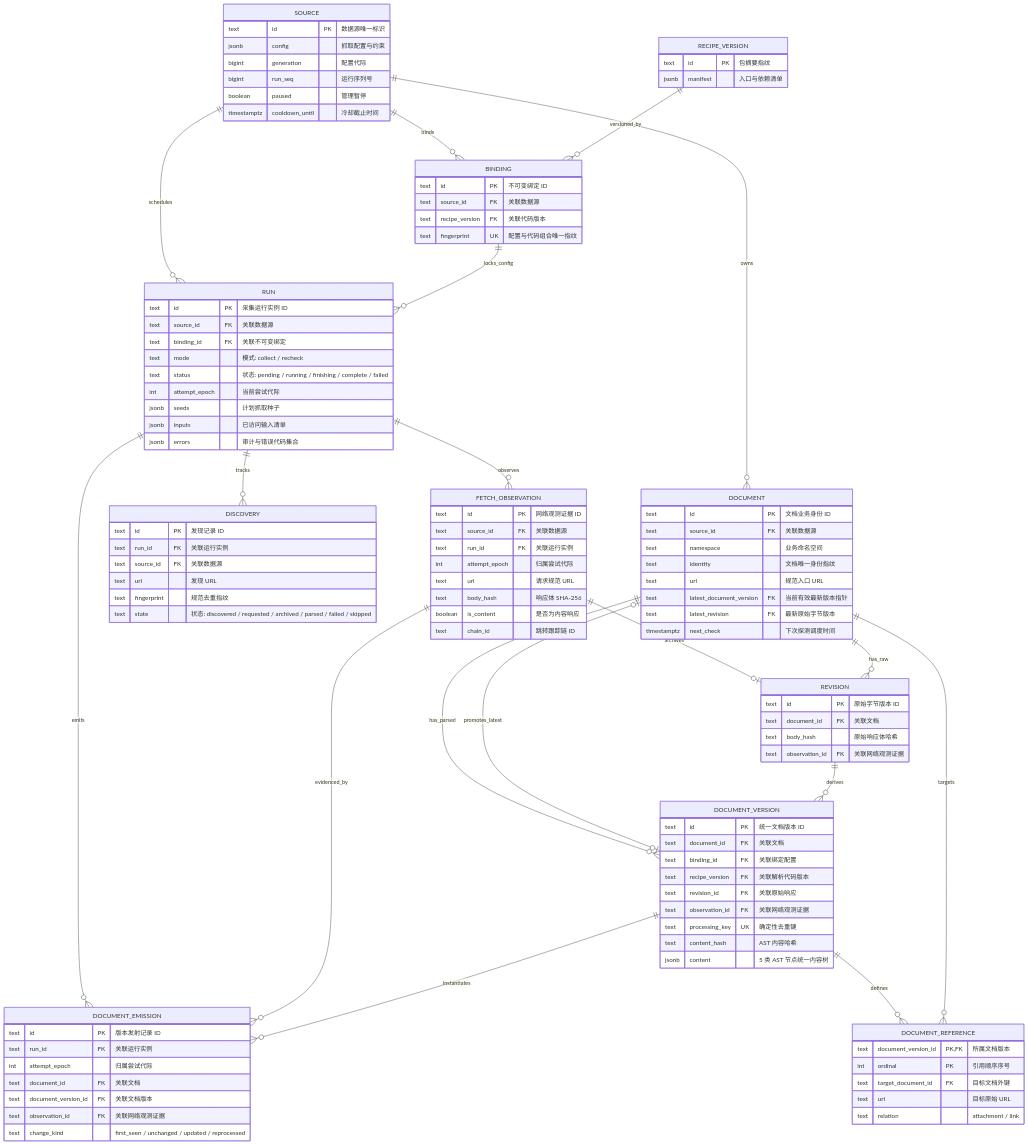
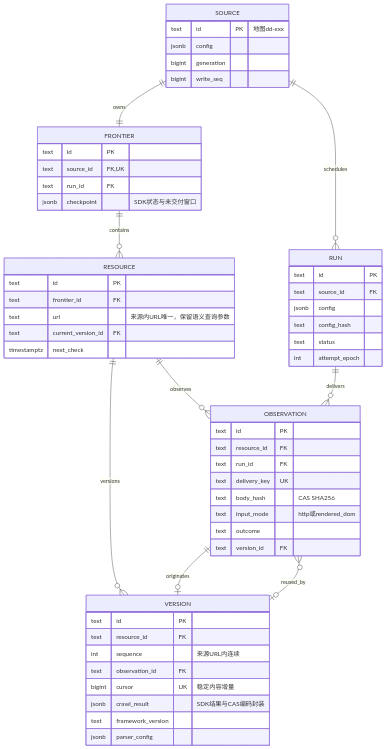
Before and after one commit to nanzhi84/SEAL: the diagram in README.md, drawn with Mermaid. The commit also changed other lines of this file and 79 other files, not shown here.

````diff
--- a/README.md
+++ b/README.md
@@ -166,111 +75,58 @@
 ```mermaid
 erDiagram
-    SOURCE {
-        text id PK "数据源唯一标识"
-        jsonb config "抓取配置与约束"
-        bigint generation "配置代际"
-        bigint run_seq "运行序列号"
-        boolean paused "管理暂停"
-        timestamptz cooldown_until "冷却截止时间"
-    }
-    RECIPE_VERSION {
-        text id PK "包摘要指纹"
-        jsonb manifest "入口与依赖清单"
-    }
-    BINDING {
-        text id PK "不可变绑定 ID"
-        text source_id FK "关联数据源"
-        text recipe_version FK "关联代码版本"
-        text fingerprint UK "配置与代码组合唯一指纹"
-    }
-    RUN {
-        text id PK "采集运行实例 ID"
-        text source_id FK "关联数据源"
-        text binding_id FK "关联不可变绑定"
-        text mode "模式: collect / recheck"
-        text status "状态: pending / running / finishing / complete / failed"
-        int attempt_epoch "当前尝试代际"
-        jsonb seeds "计划抓取种子"
-        jsonb inputs "已访问输入清单"
-        jsonb errors "审计与错误代码集合"
-    }
-    FETCH_OBSERVATION {
-        text id PK "网络观测证据 ID"
-        text source_id FK "关联数据源"
-        text run_id FK "关联运行实例"
-        int attempt_epoch "归属尝试代际"
-        text url "请求规范 URL"
-        text body_hash "响应体 SHA-256"
-        boolean is_content "是否为内容响应"
-        text chain_id "跳转跟踪链 ID"
-    }
-    DISCOVERY {
-        text id PK "发现记录 ID"
-        text run_id FK "关联运行实例"
-        text source_id FK "关联数据源"
-        text url "发现 URL"
-        text fingerprint "规范去重指纹"
-        text state "状态: discovered / requested / archived / parsed / failed / skipped"
-    }
-    DOCUMENT {
-        text id PK "文档业务身份 ID"
-        text source_id FK "关联数据源"
-        text namespace "业务命名空间"
-        text identity "文档唯一身份指纹"
-        text url "规范入口 URL"
-        text latest_document_version FK "当前有效最新版本指针"
-        text latest_revision FK "最新原始字节版本"
-        timestamptz next_check "下次探测调度时间"
-    }
-    REVISION {
-        text id PK "原始字节版本 ID"
-        text document_id FK "关联文档"
-        text body_hash "原始响应体哈希"
-        text observation_id FK "关联网络观测证据"
-    }
-    DOCUMENT_VERSION {
-        text id PK "统一文档版本 ID"
-        text document_id FK "关联文档"
-        text binding_id FK "关联绑定配置"
-        text recipe_version FK "关联解析代码版本"
-        text revision_id FK "关联原始响应"
-        text observation_id FK "关联网络观测证据"
-        text processing_key UK "确定性去重键"
-        text content_hash "AST 内容哈希"
-        jsonb content "5 类 AST 节点统一内容树"
-    }
-    DOCUMENT_EMISSION {
-        text id PK "版本发射记录 ID"
-        text run_id FK "关联运行实例"
-        int attempt_epoch "归属尝试代际"
-        text document_id FK "关联文档"
-        text document_version_id FK "关联文档版本"
-        text observation_id FK "关联网络观测证据"
-        text change_kind "first_seen / unchanged / updated / reprocessed"
-    }
-    DOCUMENT_REFERENCE {
-        text document_version_id PK,FK "所属文档版本"
-        int ordinal PK "引用顺序序号"
-        text target_document_id FK "目标文档外键"
-        text url "目标原始 URL"
-        text relation "attachment / link"
-    }
-
-    SOURCE ||--o{ BINDING : "binds"
-    SOURCE ||--o{ RUN : "schedules"
-    SOURCE ||--o{ DOCUMENT : "owns"
-    RECIPE_VERSION ||--o{ BINDING : "versioned_by"
-    BINDING ||--o{ RUN : "locks_config"
-    RUN ||--o{ FETCH_OBSERVATION : "observes"
-    RUN ||--o{ DISCOVERY : "tracks"
-    RUN ||--o{ DOCUMENT_EMISSION : "emits"
-    FETCH_OBSERVATION ||--o| REVISION : "archives"
-    FETCH_OBSERVATION ||--o{ DOCUMENT_EMISSION : "evidenced_by"
-    DOCUMENT ||--o{ REVISION : "has_raw"
-    DOCUMENT ||--o{ DOCUMENT_VERSION : "has_parsed"
-    DOCUMENT |o--o| DOCUMENT_VERSION : "promotes_latest"
-    REVISION ||--o{ DOCUMENT_VERSION : "derives"
-    DOCUMENT_VERSION ||--o{ DOCUMENT_EMISSION : "instantiates"
-    DOCUMENT_VERSION ||--o{ DOCUMENT_REFERENCE : "defines"
-    DOCUMENT ||--o{ DOCUMENT_REFERENCE : "targets"
+ SOURCE ||--|| FRONTIER : owns
+ SOURCE ||--o{ RUN : schedules
+ FRONTIER ||--o{ RESOURCE : contains
+ RESOURCE ||--o{ OBSERVATION : observes
+ RUN ||--o{ OBSERVATION : delivers
+ RESOURCE ||--o{ VERSION : versions
+ OBSERVATION ||--o| VERSION : originates
+ VERSION o|--o{ OBSERVATION : reused_by
+ RESOURCE {
+  text id PK
+  text frontier_id FK
+  text url "来源内URL唯一，保留语义查询参数"
+  text current_version_id FK
+  timestamptz next_check
+ }
+ SOURCE {
+  text id PK "地图dd-xxx"
+  jsonb config
+  bigint generation
+  bigint write_seq
+ }
+ FRONTIER {
+  text id PK
+  text source_id FK,UK
+  text run_id FK
+  jsonb checkpoint "SDK状态与未交付窗口"
+ }
+ RUN {
+  text id PK
+  text source_id FK
+  jsonb config
+  text config_hash
+  text status
+  int attempt_epoch
+ }
+ OBSERVATION {
+  text id PK
+  text resource_id FK
+  text run_id FK
+  text delivery_key UK
+  text body_hash "CAS SHA256"
+  text input_mode "http或rendered_dom"
+  text outcome
+  text version_id FK
+ }
+ VERSION {
+  text id PK
+  text resource_id FK
+  int sequence "来源URL内连续"
+  text observation_id FK
+  bigint cursor UK "稳定内容增量"
+  jsonb crawl_result "SDK结果与CAS编码封装"
+  text framework_version
+  jsonb parser_config
+ }
 ```
````
